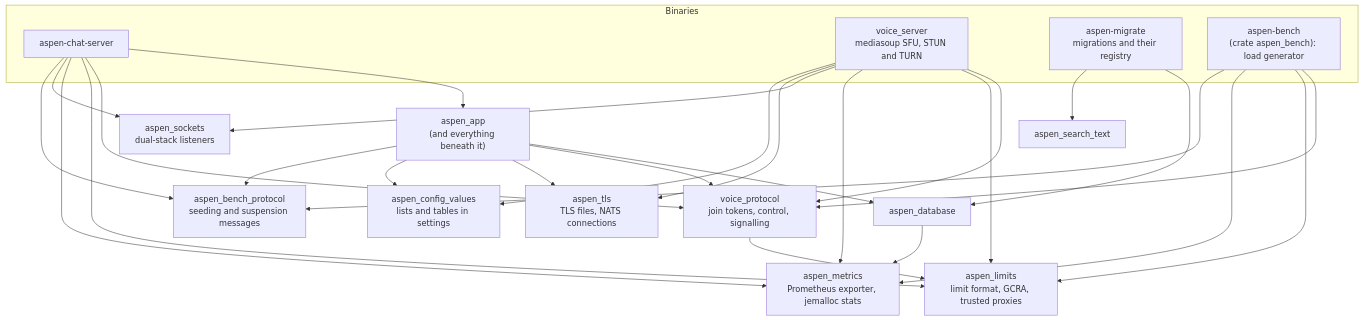
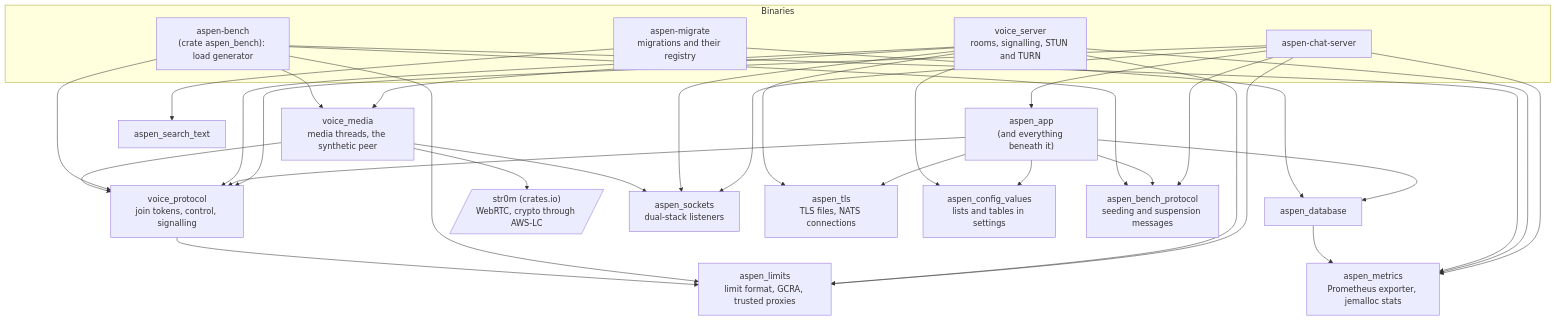
One commit to aspen-chat/aspen-chat-server changed the second of 3 diagrams in docs/diagrams/crates.md. Above: the diagram before and after it, drawn with Mermaid. The commit also changed other lines of this file and 51 other files, not shown here.

First line of the commit message:
Describe the str0m voice path everywhere, and build the servers without mediasoup's tools

````diff
--- a/docs/diagrams/crates.md
+++ b/docs/diagrams/crates.md
@@ -68,28 +68,31 @@
 ```mermaid
 flowchart TB
     subgraph bins["Binaries"]
         chat["aspen-chat-server"]
-        voice_server["voice_server<br/>mediasoup SFU, STUN and TURN"]
+        voice_server["voice_server<br/>rooms, signalling, STUN and TURN"]
         migrate["aspen-migrate<br/>migrations and their registry"]
         bench["aspen-bench<br/>(crate aspen_bench): load generator"]
     end
 
     app["aspen_app<br/>(and everything beneath it)"]
     database["aspen_database"]
     search_text["aspen_search_text"]
     voice_protocol["voice_protocol<br/>join tokens, control, signalling"]
+    voice_media["voice_media<br/>media threads, the synthetic peer"]
+    str0m[/"str0m (crates.io)<br/>WebRTC, crypto through AWS-LC"/]
     limits["aspen_limits<br/>limit format, GCRA, trusted proxies"]
     metrics["aspen_metrics<br/>Prometheus exporter, jemalloc stats"]
     sockets["aspen_sockets<br/>dual-stack listeners"]
     tls["aspen_tls<br/>TLS files, NATS connections"]
     config_values["aspen_config_values<br/>lists and tables in settings"]
     bench_protocol["aspen_bench_protocol<br/>seeding and suspension messages"]
 
     chat --> app & voice_protocol & limits & metrics & sockets & bench_protocol
     app --> database & voice_protocol & tls & config_values & bench_protocol
-    voice_server --> voice_protocol & limits & metrics & sockets & tls & config_values
+    voice_server --> voice_protocol & voice_media & limits & metrics & sockets & tls & config_values
     migrate --> database & search_text
-    bench --> voice_protocol & limits & metrics & bench_protocol
+    bench --> voice_protocol & voice_media & limits & metrics & bench_protocol
+    voice_media --> voice_protocol & sockets & str0m
     voice_protocol --> limits
     database --> metrics
 ```
````
